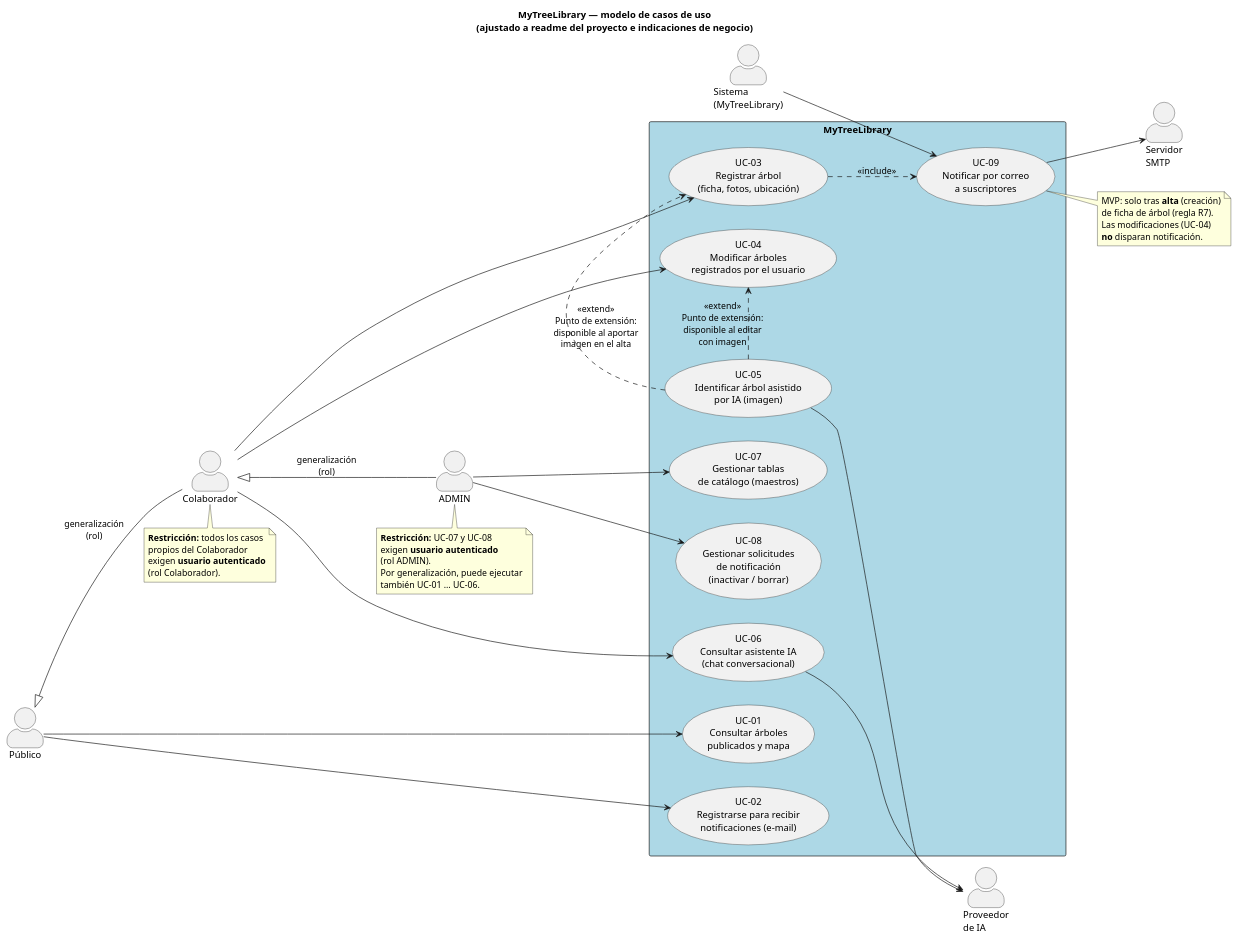
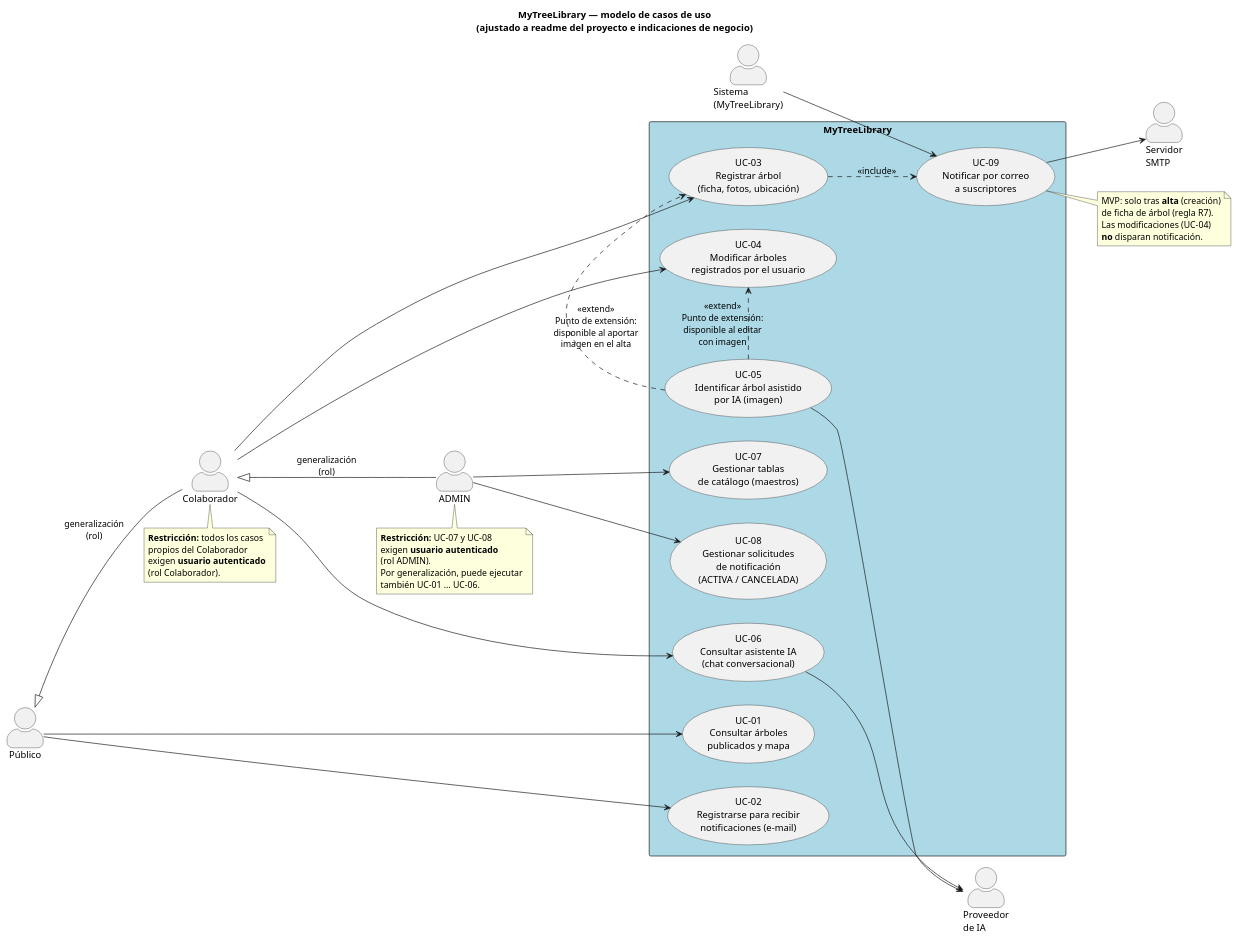
One commit to LIDR-academy/AI4Devs-finalproject changed the diagram in docs/use-cases/use-case-model.puml. Above: the diagram before and after it, drawn with PlantUML. The commit also changed 33 other files, not shown here.

```diff
--- a/docs/use-cases/use-case-model.puml
+++ b/docs/use-cases/use-case-model.puml
@@ -1,81 +1,81 @@
 @startuml modelo_casos_uso_mtl
 title MyTreeLibrary — modelo de casos de uso\n(ajustado a readme del proyecto e indicaciones de negocio)
 
 skinparam packageStyle rectangle
 skinparam actorStyle awesome
 left to right direction
 
 actor "Público" as Publico
 actor "Colaborador" as Colaborador
 actor "ADMIN" as Admin
 actor "Sistema\n(MyTreeLibrary)" as Sistema
 actor "Proveedor\nde IA" as ProvIA
 actor "Servidor\nSMTP" as SMTP
 
 Publico <|-- Colaborador : generalización\n(rol)
 Colaborador <|-- Admin : generalización\n(rol)
 
 rectangle "MyTreeLibrary" #LightBlue {
   usecase "UC-01\nConsultar árboles\npublicados y mapa" as UC1
   usecase "UC-02\nRegistrarse para recibir\nnotificaciones (e-mail)" as UC2
 
   usecase "UC-03\nRegistrar árbol\n(ficha, fotos, ubicación)" as UC3
   usecase "UC-04\nModificar árboles\nregistrados por el usuario" as UC4
   usecase "UC-05\nIdentificar árbol asistido\npor IA (imagen)" as UC5
 
   usecase "UC-06\nConsultar asistente IA\n(chat conversacional)" as UC6
 
   usecase "UC-07\nGestionar tablas\nde catálogo (maestros)" as UC7
-  usecase "UC-08\nGestionar solicitudes\nde notificación\n(inactivar / borrar)" as UC8
+  usecase "UC-08\nGestionar solicitudes\nde notificación\n(ACTIVA / CANCELADA)" as UC8
 
   usecase "UC-09\nNotificar por correo\na suscriptores" as UC9
 }
 
 ' --- Público (sin autenticación) ---
 Publico --> UC1
 Publico --> UC2
 
 ' --- Colaborador (requiere autenticación; hereda Público) ---
 Colaborador --> UC3
 Colaborador --> UC4
 Colaborador --> UC6
 
 UC5 .> UC3 : <<extend>>\nPunto de extensión:\ndisponible al aportar\nimagen en el alta
 UC5 .> UC4 : <<extend>>\nPunto de extensión:\ndisponible al editar\ncon imagen
 
 ' --- ADMIN (requiere autenticación; hereda Colaborador) ---
 Admin --> UC7
 Admin --> UC8
 
 note bottom of Colaborador
   **Restricción:** todos los casos
   propios del Colaborador
   exigen **usuario autenticado**
   (rol Colaborador).
 end note
 
 note bottom of Admin
   **Restricción:** UC-07 y UC-08
   exigen **usuario autenticado**
   (rol ADMIN).
   Por generalización, puede ejecutar
   también UC-01 … UC-06.
 end note
 
 ' --- Notificaciones automáticas (sistema) ---
 Sistema --> UC9
 UC3 ..> UC9 : <<include>>
 
 note right of UC9
   MVP: solo tras **alta** (creación)
   de ficha de árbol (regla R7).
   Las modificaciones (UC-04)
   **no** disparan notificación.
 end note
 
 UC9 --> SMTP
 
 UC5 --> ProvIA
 UC6 --> ProvIA
 
 @enduml
```
